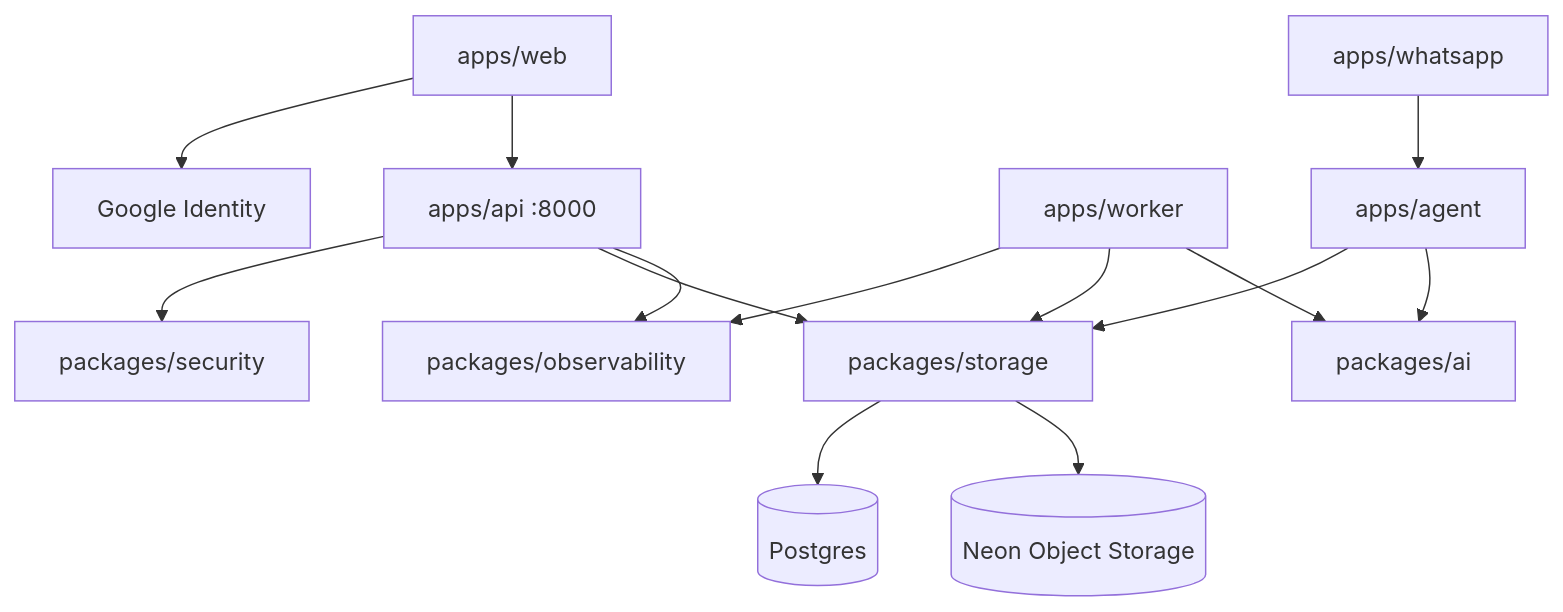
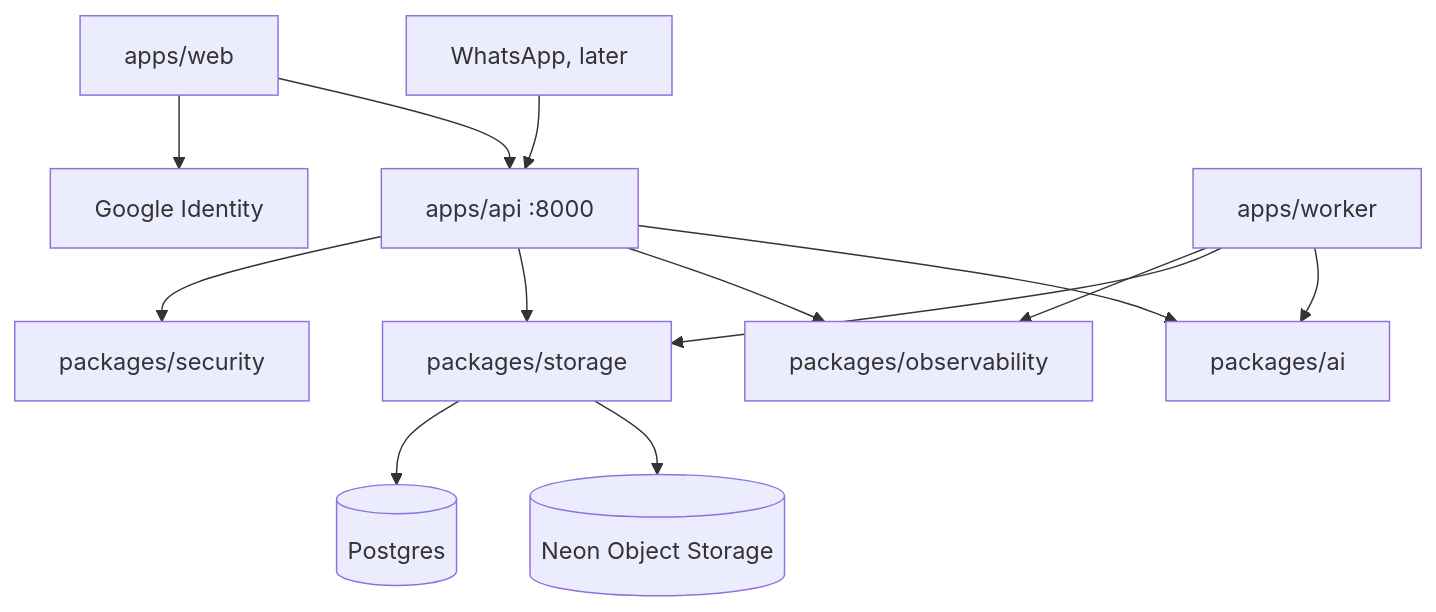
Before and after one commit to AnuragAmbekar741/kosh: the diagram in docs/architecture/overview.md, drawn with Mermaid. The commit also changed other lines of this file and 4 other files, not shown here.

First line of the commit message:
Agent v1: decisions, architecture, schema, evals, plan (#36)

````diff
--- a/docs/architecture/overview.md
+++ b/docs/architecture/overview.md
@@ -78,29 +78,27 @@
 ```mermaid
 flowchart TB
   WEB[apps/web]
   GOOG[Google Identity]
   API[apps/api :8000]
   WRK[apps/worker]
-  AGT[apps/agent]
-  WA[apps/whatsapp]
+  WA[WhatsApp, later]
   STOR[packages/storage]
   SEC[packages/security]
   AI[packages/ai]
   OBS[packages/observability]
   PG[(Postgres)]
   OBJ[(Neon Object Storage)]
 
   WEB --> GOOG
   WEB --> API
-  WA --> AGT
+  WA --> API
   API --> SEC
   API --> STOR
   API --> OBS
   WRK --> OBS
   WRK --> STOR
   WRK --> AI
-  AGT --> STOR
-  AGT --> AI
+  API --> AI
   STOR --> PG
   STOR --> OBJ
 ```
````
